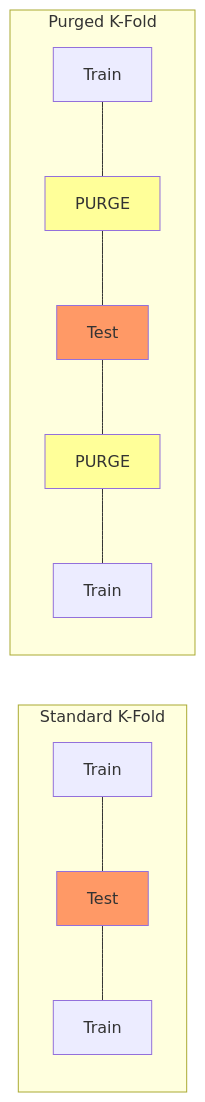
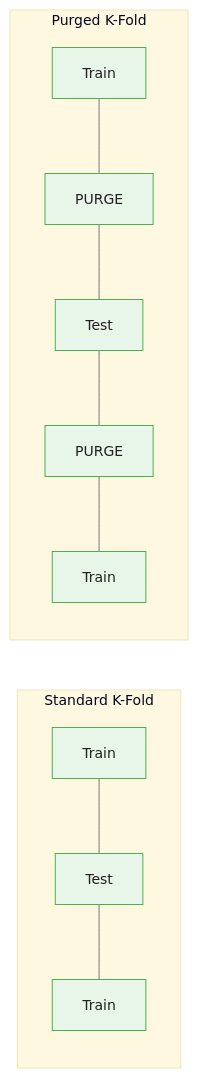
One commit to m-deane/course-creator changed the first of 3 diagrams in courses/genetic-algorithms-feature-selection/modules/module_03_time_series/guides/01_timeseries_considerations_slides.md. Above: the diagram before and after it, drawn with Mermaid. The commit also changed other lines of this file and 52 other files, not shown here.

````diff
--- a/courses/genetic-algorithms-feature-selection/modules/module_03_time_series/guides/01_timeseries_considerations_slides.md
+++ b/courses/genetic-algorithms-feature-selection/modules/module_03_time_series/guides/01_timeseries_considerations_slides.md
@@ -95,17 +95,14 @@
 ```mermaid
+%%{init: {"theme": "base", "themeVariables": {"primaryColor": "#e8f5e9", "primaryBorderColor": "#4caf50", "primaryTextColor": "#212121", "secondaryColor": "#e3f2fd", "tertiaryColor": "#fff8e1", "lineColor": "#757575", "fontFamily": "Inter, sans-serif", "fontSize": "14px"}}}%%
 flowchart LR
     subgraph "Standard K-Fold"
         A["Train"] --- B["Test"]
         B --- C["Train"]
-        style B fill:#f96
     end
     subgraph "Purged K-Fold"
         D["Train"] --- E["PURGE"]
         E --- F["Test"]
         F --- G["PURGE"]
         G --- H["Train"]
-        style E fill:#ff9
-        style G fill:#ff9
-        style F fill:#f96
     end
 ```
````
